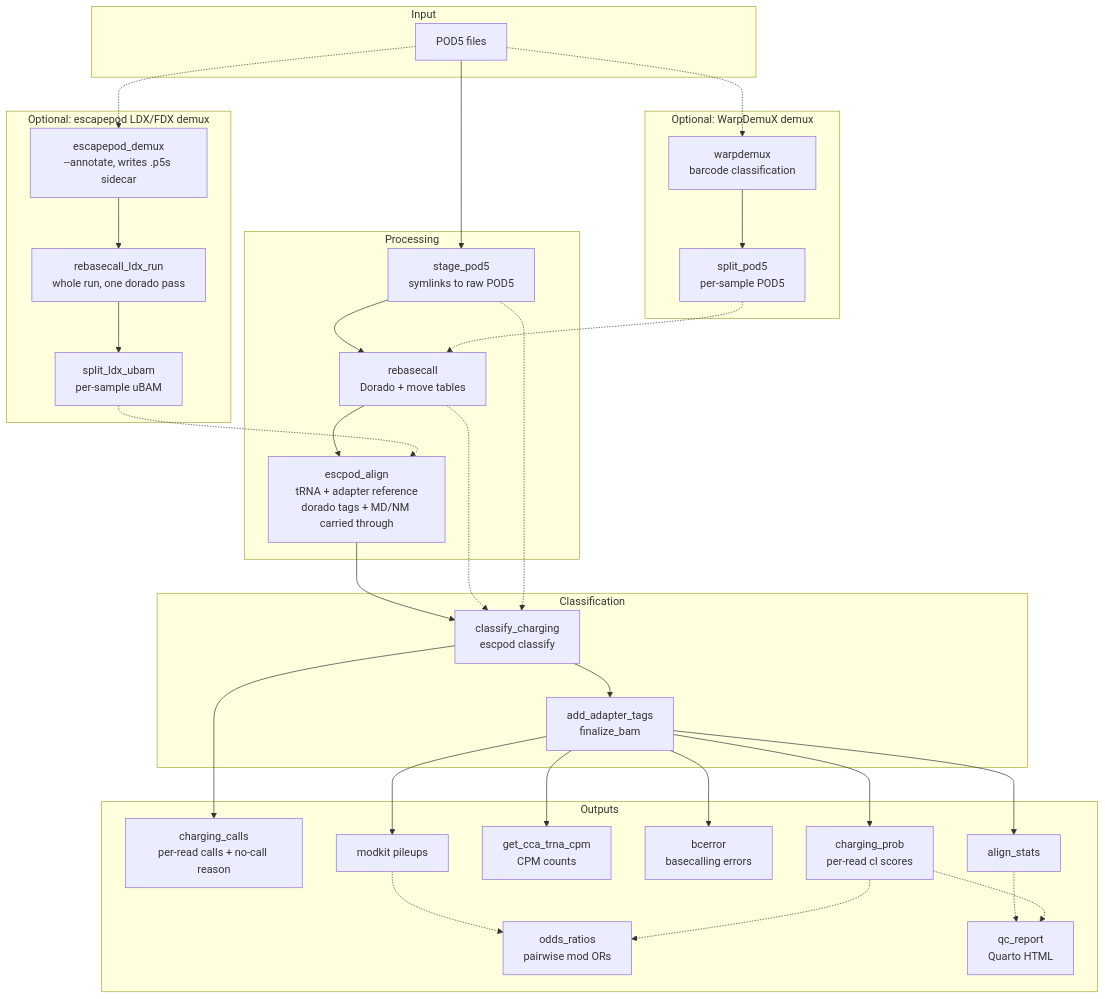
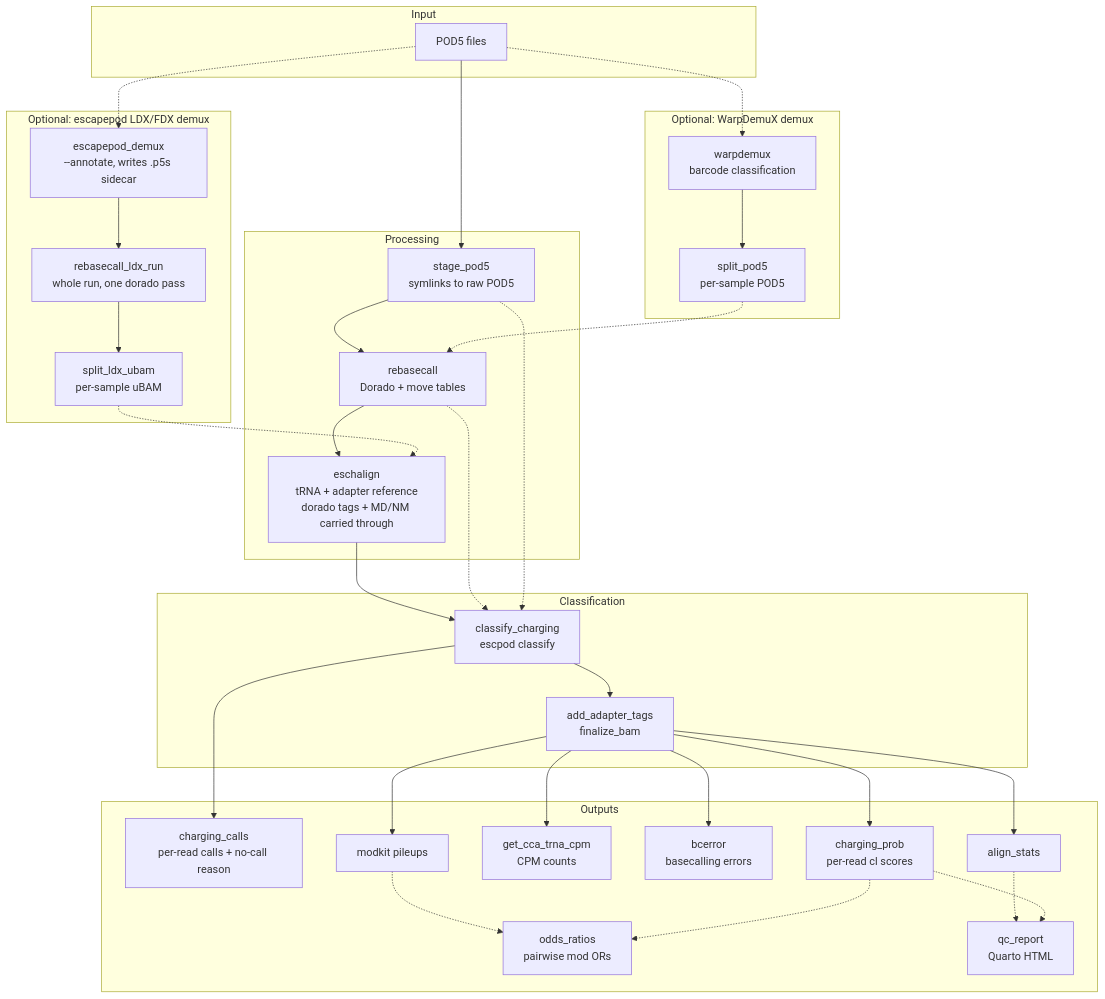
The diagram in README.md (rnabioco/aa-tRNA-seq-pipeline), drawn with Mermaid before and after one commit. The commit also changed other lines of this file and 37 other files, not shown here.

First line of the commit message:
feat(align): migrate alignment from escpod align to eschalign (#203)

````diff
--- a/README.md
+++ b/README.md
@@ -96,46 +96,46 @@
 ```mermaid
 flowchart TD
     subgraph Input
         POD5[POD5 files]
     end
 
     subgraph WDX [Optional: WarpDemuX demux]
         W[warpdemux<br/>barcode classification] --> WS[split_pod5<br/>per-sample POD5]
     end
 
     subgraph LDX [Optional: escapepod LDX/FDX demux]
         LD[escapepod_demux<br/>--annotate, writes .p5s sidecar] --> LB[rebasecall_ldx_run<br/>whole run, one dorado pass]
         LB --> LS[split_ldx_ubam<br/>per-sample uBAM]
     end
 
     subgraph Processing
         A[stage_pod5<br/>symlinks to raw POD5] --> B[rebasecall<br/>Dorado + move tables]
-        B --> D[escpod_align<br/>tRNA + adapter reference<br/>dorado tags + MD/NM carried through]
+        B --> D[eschalign<br/>tRNA + adapter reference<br/>dorado tags + MD/NM carried through]
     end
 
     subgraph Classification
         D --> F[classify_charging<br/>escpod classify]
         B -.-> F
         A -.-> F
         F --> G[add_adapter_tags<br/>finalize_bam]
     end
 
     subgraph Outputs
         F --> CC[charging_calls<br/>per-read calls + no-call reason]
         G --> H[charging_prob<br/>per-read cl scores]
         G --> I[get_cca_trna_cpm<br/>CPM counts]
         G --> J[bcerror<br/>basecalling errors]
         G --> K[align_stats]
         G --> L[modkit pileups]
         L -.-> M[odds_ratios<br/>pairwise mod ORs]
         H -.-> M
         K -.-> N[qc_report<br/>Quarto HTML]
         H -.-> N
     end
 
     POD5 --> A
     POD5 -.-> W
     POD5 -.-> LD
     WS -.-> B
     LS -.-> D
 ```
````
